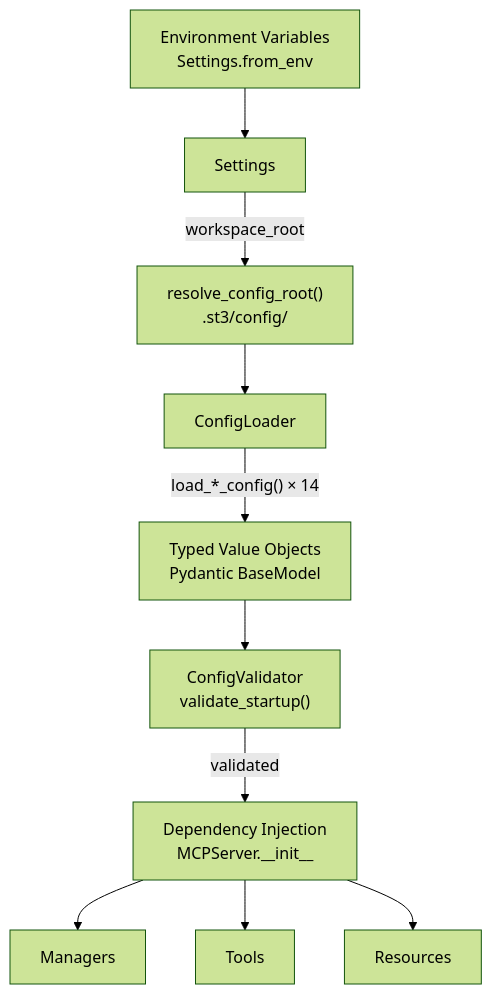
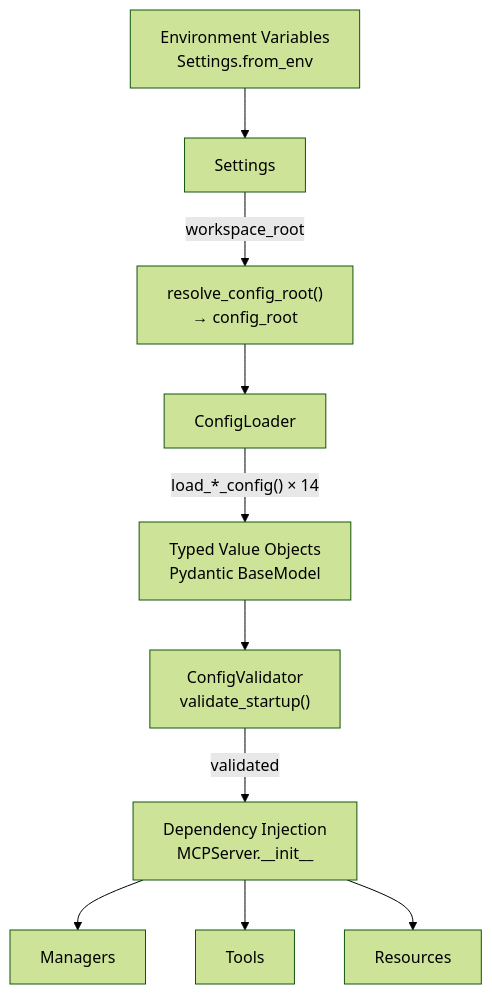
The first of 5 diagrams in docs/reference/mcp/config-loading-architecture.md (MikeyVK/phase-gate-mcp), drawn with Mermaid (forest theme) before and after one commit. The commit also changed other lines of this file, not shown here.

Commit message:
docs(P_RESEARCH): Remove hardcoded .st3/config paths from config loading reference doc

````diff
--- a/docs/reference/mcp/config-loading-architecture.md
+++ b/docs/reference/mcp/config-loading-architecture.md
@@ -21,12 +21,12 @@
 ```mermaid
 flowchart TD
     ENV[Environment Variables\nSettings.from_env] --> S[Settings]
-    S --> |workspace_root| CR["resolve_config_root()\n.st3/config/"]
+    S --> |workspace_root| CR["resolve_config_root()\n→ config_root"]
     CR --> CL[ConfigLoader]
     CL --> |"load_*_config() × 14"| VO[Typed Value Objects\nPydantic BaseModel]
     VO --> CV["ConfigValidator\nvalidate_startup()"]
     CV --> |validated| DI[Dependency Injection\nMCPServer.__init__]
     DI --> MGR[Managers]
     DI --> TOOLS[Tools]
     DI --> RES[Resources]
 ```
````
